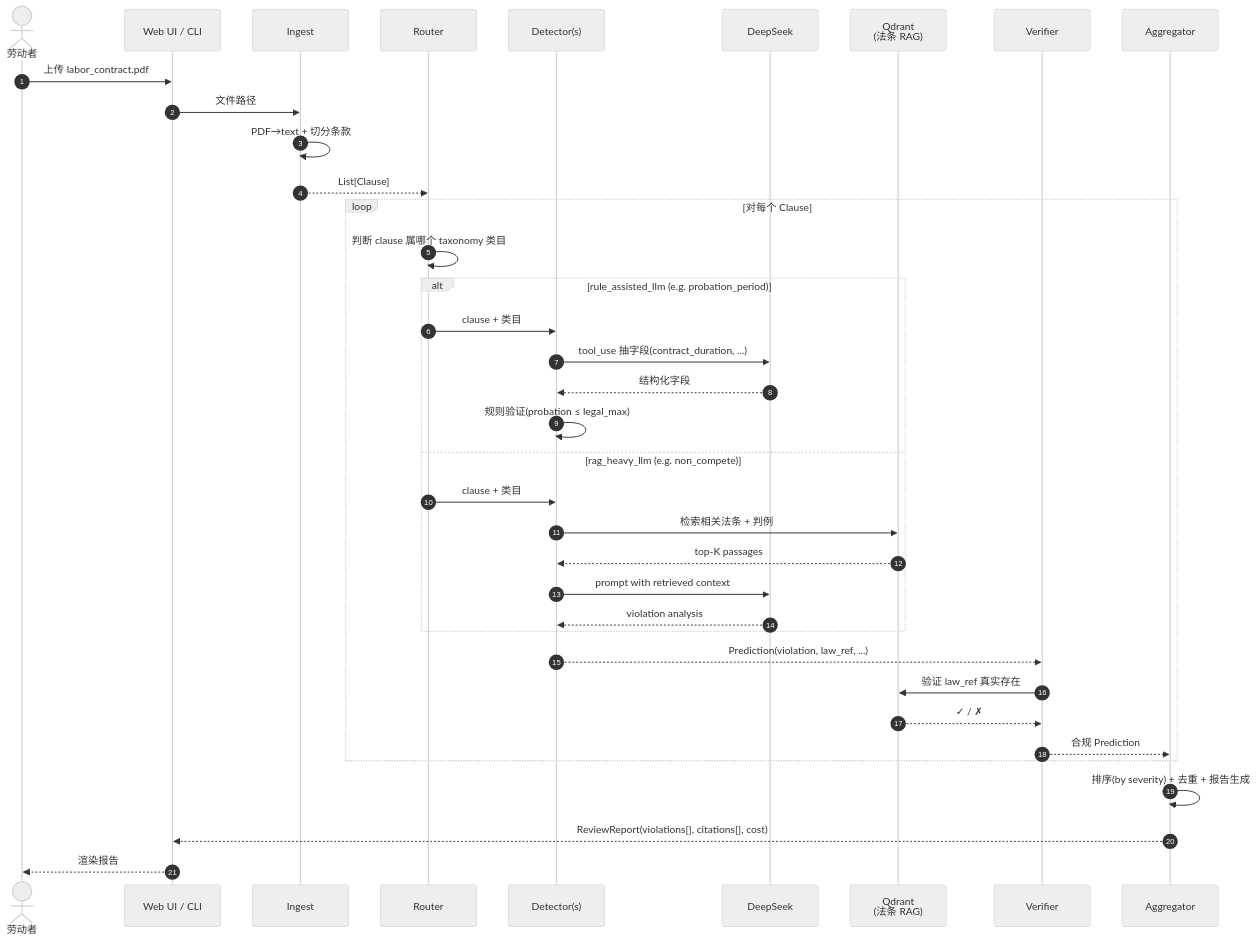
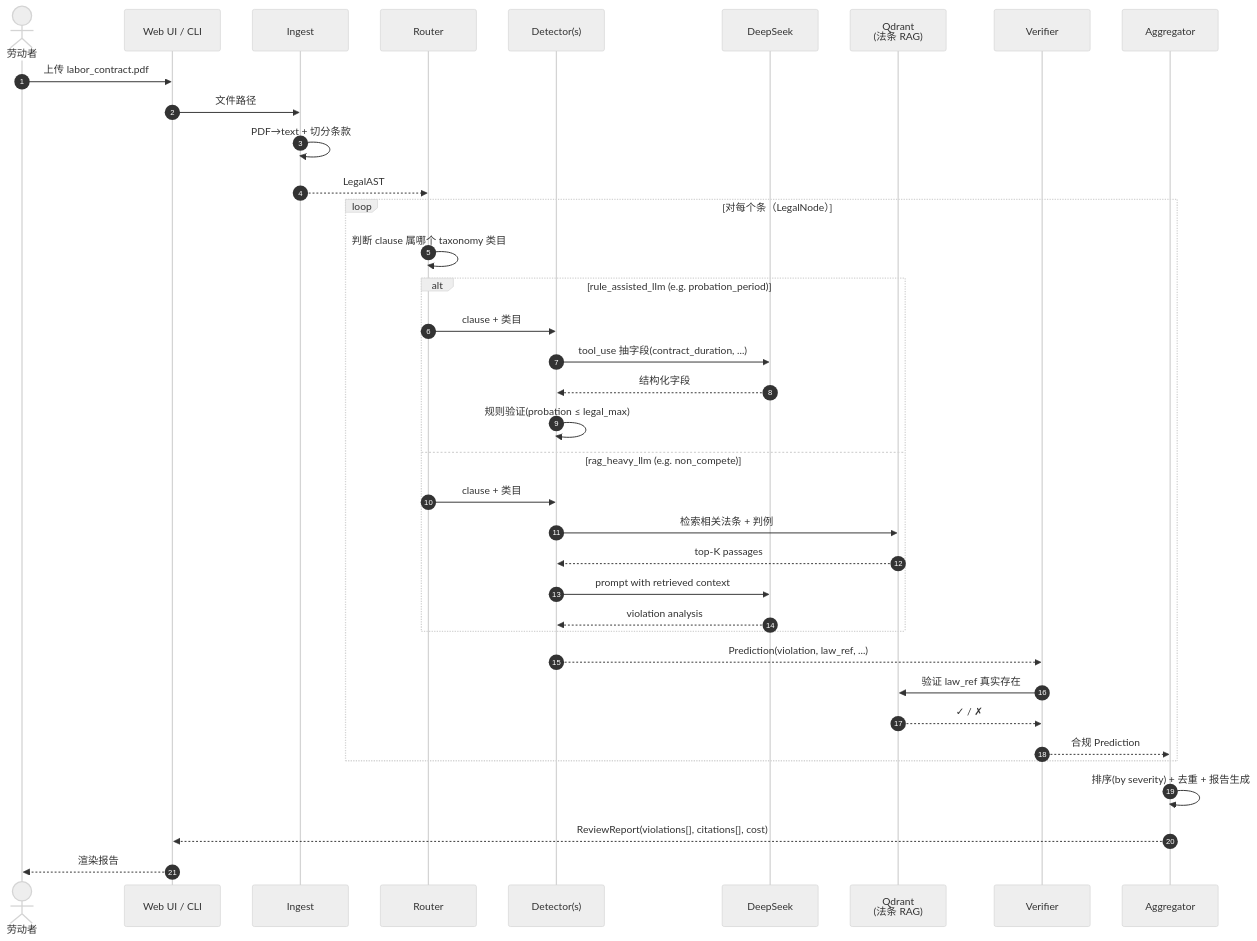
Before and after one commit to junjiehei/legal-contract-agent: the third of 8 diagrams in docs/ARCHITECTURE.md, drawn with Mermaid (neutral theme). The commit also changed other lines of this file and 1 other file, not shown here.

Commit message:
docs: add contract_number; trim redundant NormalizedDoc.total_pages; align ARCHITECTURE
- DocumentMetadata: add contract_number (zero-PII header field) + source-table row.
- Ingestion I/O audit: chain is clean; remove the one redundant
  pass-through (NormalizedDoc.total_pages — unused by 5/6; IngestResult
  gets total_pages from RawParse).
- ARCHITECTURE: sequence diagram List[Clause] -> LegalAST; ingest file
  map now lists all 6 modules (format_detect/router/parser/normalize/
  segmenter/metadata).
- Consistency check across HLD/PRD/ARCHITECTURE/SYSTEM1: no stale Clause
  references remain; PRD has no internal-structure refs.

````diff
--- a/docs/ARCHITECTURE.md
+++ b/docs/ARCHITECTURE.md
@@ -169,42 +169,42 @@
 ```mermaid
 sequenceDiagram
     autonumber
     actor U as 劳动者
     participant UI as Web UI / CLI
     participant Ing as Ingest
     participant Rt as Router
     participant Det as Detector(s)
     participant LLM as DeepSeek
     participant Qd as Qdrant<br/>(法条 RAG)
     participant Vf as Verifier
     participant Ag as Aggregator
     
     U->>UI: 上传 labor_contract.pdf
     UI->>Ing: 文件路径
     Ing->>Ing: PDF→text + 切分条款
-    Ing-->>Rt: List[Clause]
+    Ing-->>Rt: LegalAST
     
-    loop 对每个 Clause
+    loop 对每个条（LegalNode）
         Rt->>Rt: 判断 clause 属哪个 taxonomy 类目
         alt rule_assisted_llm (e.g. probation_period)
             Rt->>Det: clause + 类目
             Det->>LLM: tool_use 抽字段(contract_duration, ...)
             LLM-->>Det: 结构化字段
             Det->>Det: 规则验证(probation ≤ legal_max)
         else rag_heavy_llm (e.g. non_compete)
             Rt->>Det: clause + 类目
             Det->>Qd: 检索相关法条 + 判例
             Qd-->>Det: top-K passages
             Det->>LLM: prompt with retrieved context
             LLM-->>Det: violation analysis
         end
         Det-->>Vf: Prediction(violation, law_ref, ...)
         Vf->>Qd: 验证 law_ref 真实存在
         Qd-->>Vf: ✓ / ✗
         Vf-->>Ag: 合规 Prediction
     end
     
     Ag->>Ag: 排序(by severity) + 去重 + 报告生成
     Ag-->>UI: ReviewReport(violations[], citations[], cost)
     UI-->>U: 渲染报告
 ```
````
